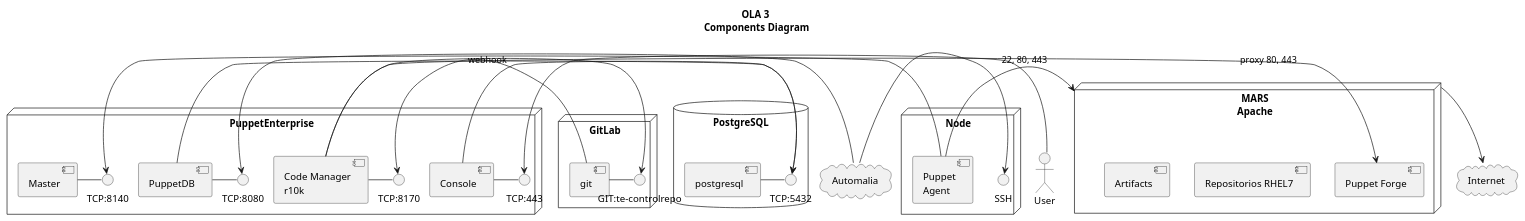
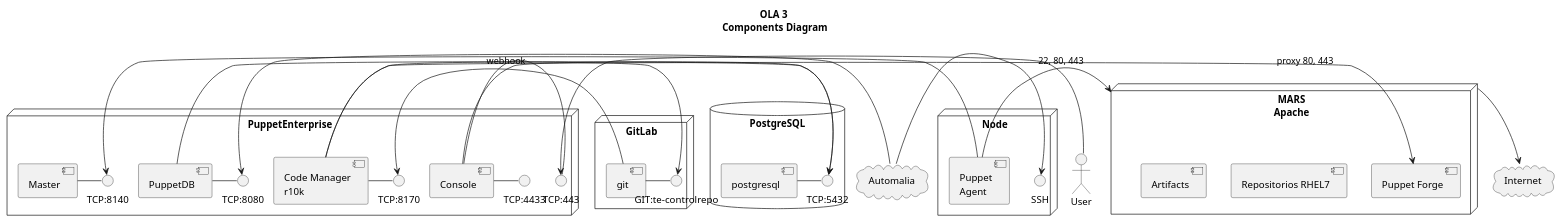
One commit to CIVIR-ES/PE-vagrant changed the diagram in doc/diagram.puml. Above: the diagram before and after it, drawn with PlantUML.

```diff
--- a/doc/diagram.puml
+++ b/doc/diagram.puml
@@ -1,55 +1,57 @@
 @startuml
 title OLA 3\n Components Diagram
 Actor User
 
 node "PuppetEnterprise" {
   [Code Manager\nr10k] as r10k
   [Master]
   [PuppetDB]
   [Console]
   interface "TCP:8170" as TCP8170
   interface "TCP:443" as TCP443
   interface "TCP:8080" as TCP8080
   interface "TCP:8140" as TCP8140
+  interface "TCP:4433" as TCP4433
   [Console] - TCP443
+  [Console] - TCP4433
   r10k - TCP8170
   [PuppetDB] - TCP8080
   [Master] - TCP8140
 }
 
 node "MARS\nApache" as MARS {
   [Puppet Forge]
   [Repositorios RHEL7]
   [Artifacts]
 }
 
 node "GitLab" {
   [git]
   interface "GIT:te-controlrepo" as controlrepo
   [git] - controlrepo
 }
 cloud "Internet" {
 }
 database "PostgreSQL" {
   [postgresql]
   interface "TCP:5432" as TCP5432
   [postgresql] - TCP5432
 }
 cloud "Automalia" {
 }
 node "Node" {
   [Puppet\nAgent]
   interface SSH
 }
 Automalia -> SSH
 Automalia -> TCP8080
 User -> TCP443
 r10k -> controlrepo
 r10k -> [Puppet Forge]
 [Puppet\nAgent] -> MARS : 22, 80, 443
 [Puppet\nAgent] -> TCP8140
 MARS -> Internet : proxy 80, 443
 [PuppetDB] -> TCP5432
 [Console] -> TCP5432
 [git] -> TCP8170 : webhook
 @enduml
```
